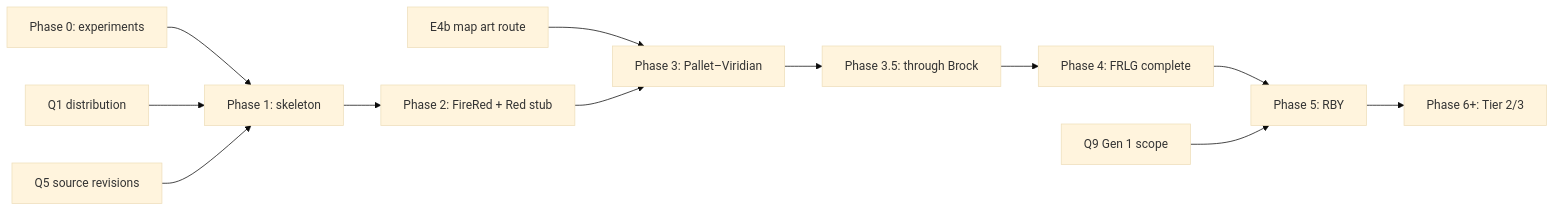
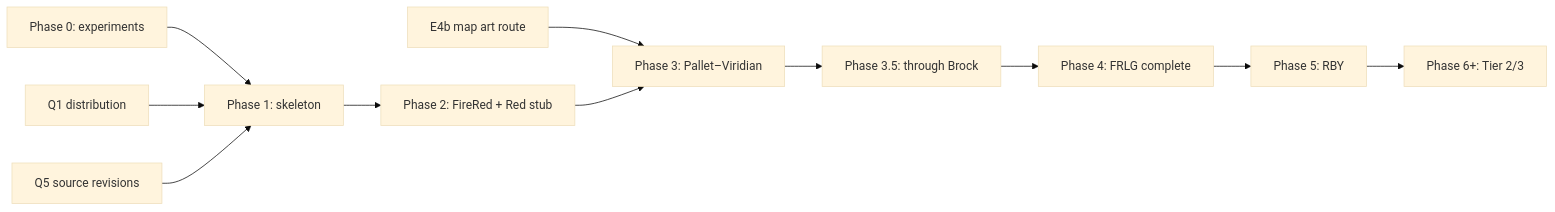
Before and after one commit to pokelitee/kaleido: the diagram in docs/plan/05-roadmap.md, drawn with Mermaid (base theme). The commit also changed other lines of this file and 9 other files, not shown here.

````diff
--- a/docs/plan/05-roadmap.md
+++ b/docs/plan/05-roadmap.md
@@ -142,14 +144,13 @@
 ```mermaid
 graph LR
   P0[Phase 0: experiments] --> P1[Phase 1: skeleton]
   Q1[Q1 distribution] --> P1
   Q5[Q5 source revisions] --> P1
   P1 --> P2[Phase 2: FireRed + Red stub]
   E4b[E4b map art route] --> P3
   P2 --> P3[Phase 3: Pallet–Viridian]
   P3 --> P35[Phase 3.5: through Brock]
   P35 --> P4[Phase 4: FRLG complete]
   P4 --> P5[Phase 5: RBY]
-  Q9[Q9 Gen 1 scope] --> P5
   P5 --> P6[Phase 6+: Tier 2/3]
 ```
````
